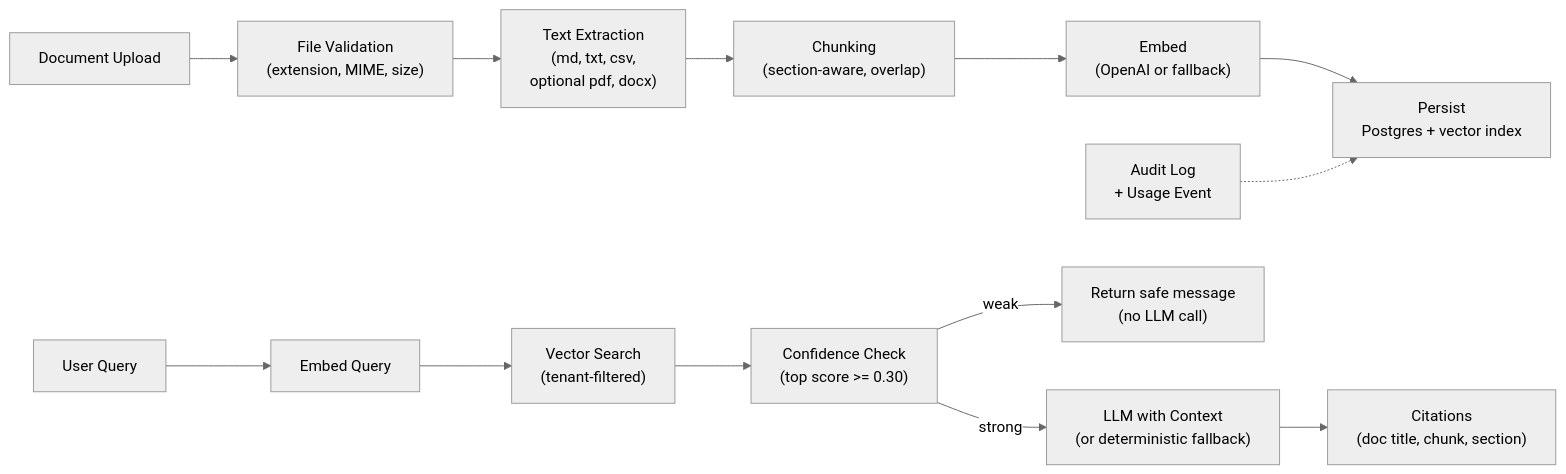
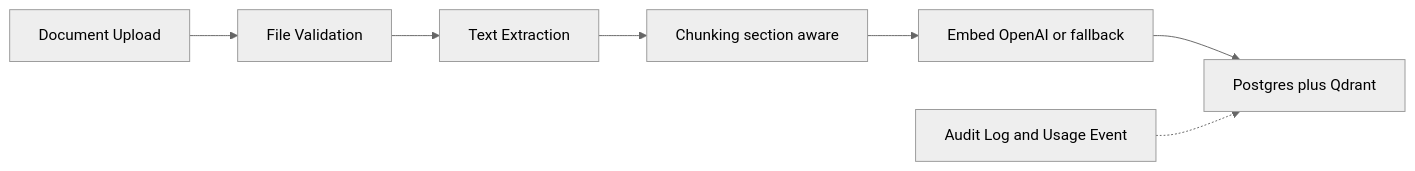
The first of 2 diagrams in docs/rag_system.md (Fejjii/OnePilot-AI), drawn with Mermaid (neutral theme) before and after one commit. The commit also changed other lines of this file and 100 other files, not shown here.

````diff
--- a/docs/rag_system.md
+++ b/docs/rag_system.md
@@ -13,16 +14,9 @@
 ```mermaid
 flowchart LR
-    Upload["Document Upload"] --> Validate["File Validation\n(extension, MIME, size)"]
-    Validate --> Extract["Text Extraction\n(md, txt, csv,\noptional pdf, docx)"]
-    Extract --> Chunk["Chunking\n(section-aware, overlap)"]
-    Chunk --> Embed["Embed\n(OpenAI or fallback)"]
-    Embed --> Store["Persist\nPostgres + vector index"]
-    Audit["Audit Log\n+ Usage Event"] -.-> Store
-
-    Query["User Query"] --> QEmbed["Embed Query"]
-    QEmbed --> Search["Vector Search\n(tenant-filtered)"]
-    Search --> Confidence["Confidence Check\n(top score >= 0.30)"]
-    Confidence -->|weak| Escalate["Return safe message\n(no LLM call)"]
-    Confidence -->|strong| Generate["LLM with Context\n(or deterministic fallback)"]
-    Generate --> Cite["Citations\n(doc title, chunk, section)"]
+    Upload[Document Upload] --> Validate[File Validation]
+    Validate --> Extract[Text Extraction]
+    Extract --> Chunk[Chunking section aware]
+    Chunk --> Embed[Embed OpenAI or fallback]
+    Embed --> Store[Postgres plus Qdrant]
+    Audit[Audit Log and Usage Event] -.-> Store
 ```
````
